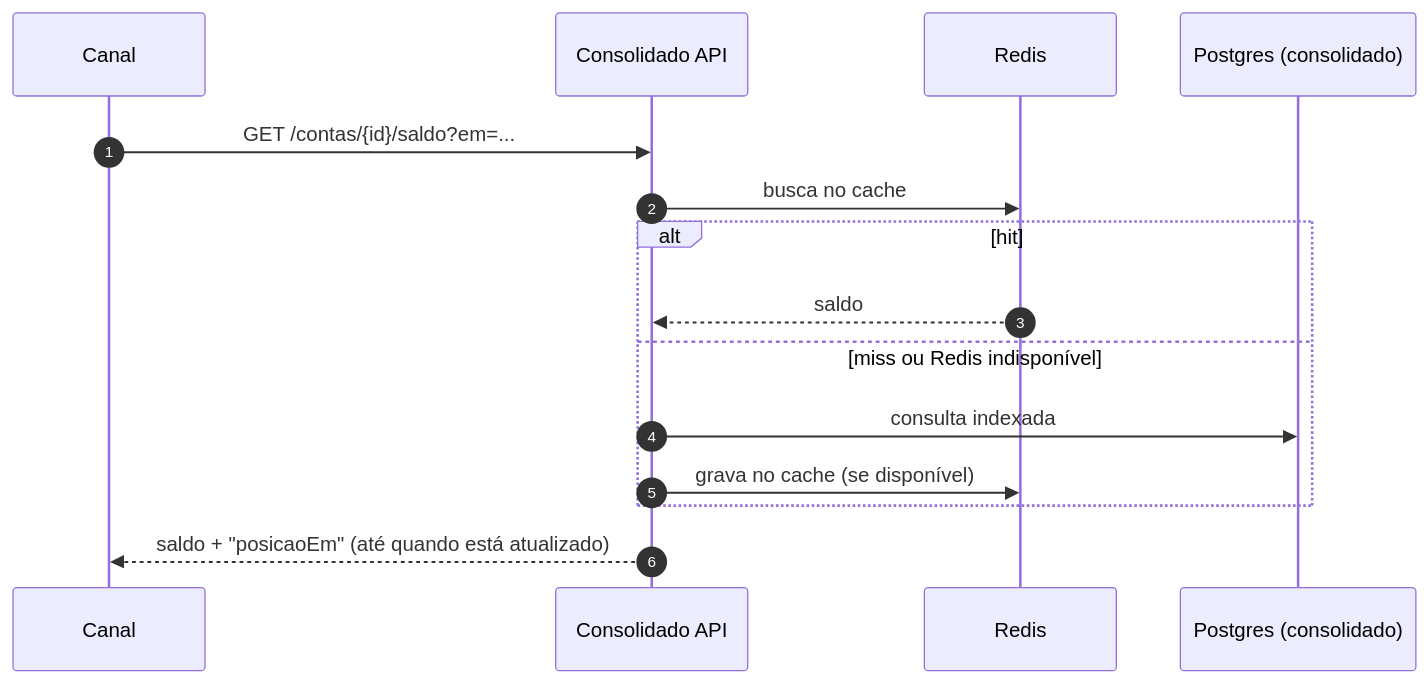
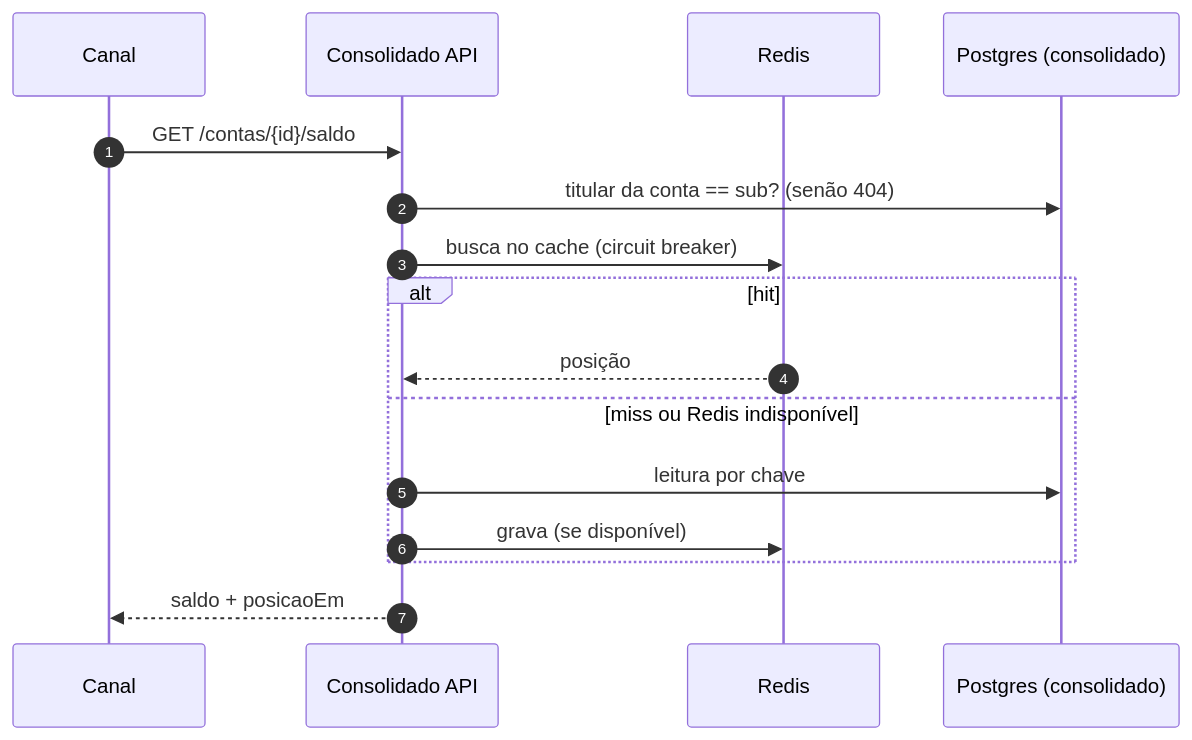
The fourth of 5 diagrams in docs/arquitetura.md (pedrolopesmcz/ledger-financeiro), drawn with Mermaid before and after one commit. The commit also changed other lines of this file and 1 other file, not shown here.

````diff
--- a/docs/arquitetura.md
+++ b/docs/arquitetura.md
@@ -174,17 +177,18 @@
 ```mermaid
 sequenceDiagram
     autonumber
     participant C as Canal
     participant A as Consolidado API
     participant K as Redis
     participant DB as Postgres (consolidado)
-    C->>A: GET /contas/{id}/saldo?em=...
-    A->>K: busca no cache
+    C->>A: GET /contas/{id}/saldo
+    A->>DB: titular da conta == sub? (senão 404)
+    A->>K: busca no cache (circuit breaker)
     alt hit
-        K-->>A: saldo
+        K-->>A: posição
     else miss ou Redis indisponível
-        A->>DB: consulta indexada
-        A->>K: grava no cache (se disponível)
+        A->>DB: leitura por chave
+        A->>K: grava (se disponível)
     end
-    A-->>C: saldo + "posicaoEm" (até quando está atualizado)
+    A-->>C: saldo + posicaoEm
 ```
````
